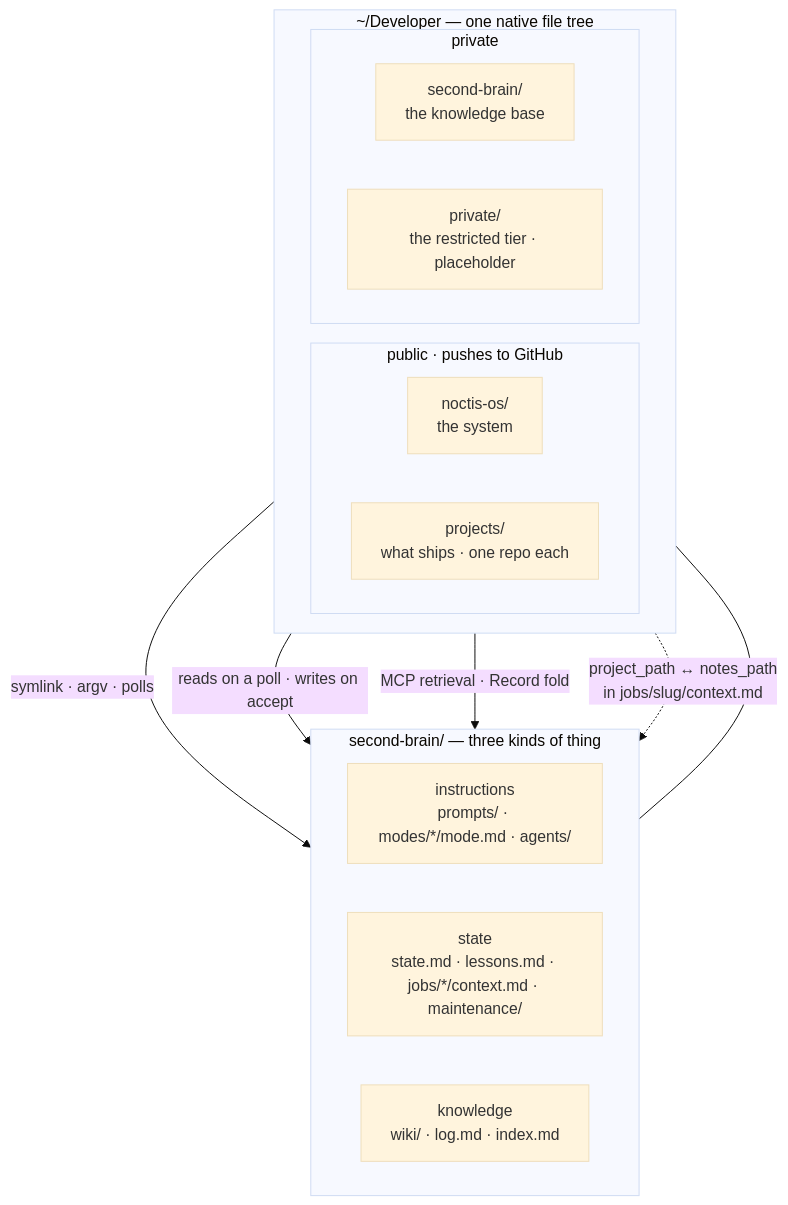
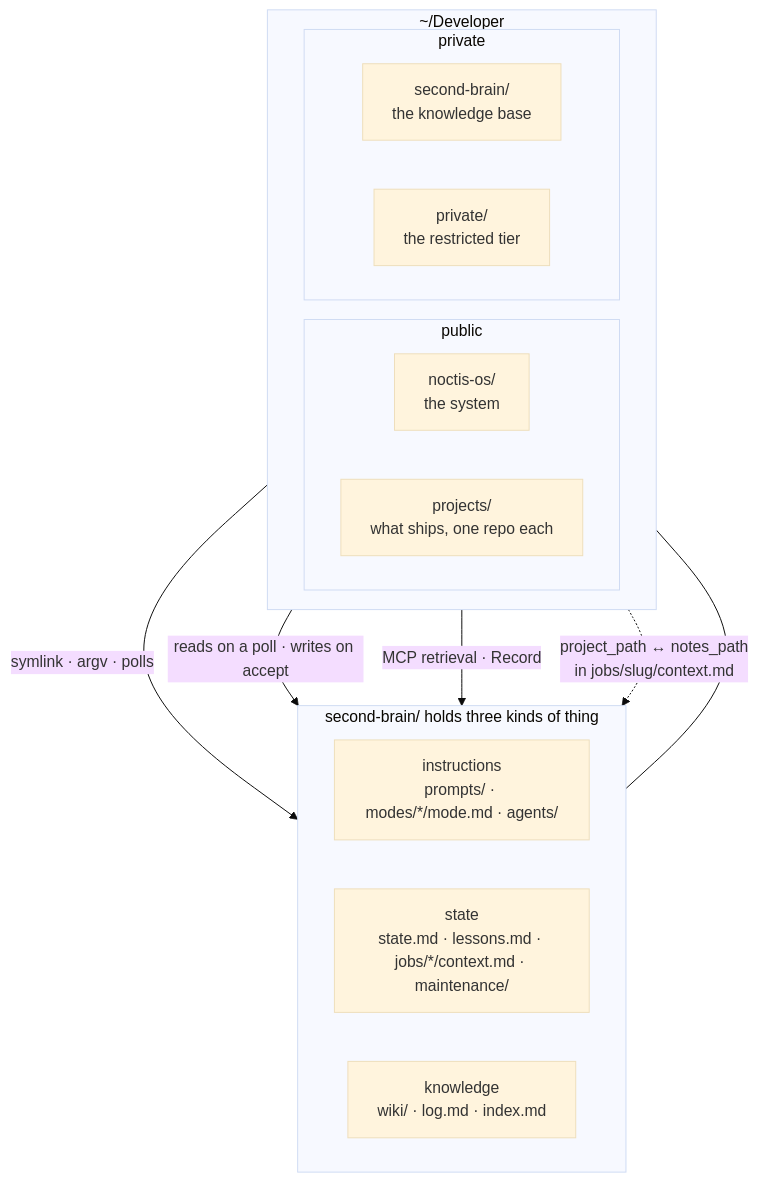
One commit to shaynesss/noctis-os changed the first of 2 diagrams in README.md. Above: the diagram before and after it, drawn with Mermaid (base theme). The commit also changed other lines of this file and 19 other files, not shown here.

````diff
--- a/README.md
+++ b/README.md
@@ -83,25 +34,25 @@
 ```mermaid
 flowchart TB
-    subgraph DEV["~/Developer — one native file tree"]
+    subgraph DEV["~/Developer"]
         direction LR
-        subgraph PUB["public · pushes to GitHub"]
+        subgraph PUB["public"]
             NOS["noctis-os/<br/>the system"]
-            PRJ["projects/<br/>what ships · one repo each"]
+            PRJ["projects/<br/>what ships, one repo each"]
         end
         subgraph PRV["private"]
             SB["second-brain/<br/>the knowledge base"]
-            PV["private/<br/>the restricted tier · placeholder"]
+            PV["private/<br/>the restricted tier"]
         end
     end
-    subgraph SBI["second-brain/ — three kinds of thing"]
+    subgraph SBI["second-brain/ holds three kinds of thing"]
         direction LR
         INS["instructions<br/>prompts/ · modes/*/mode.md · agents/"]
         STA["state<br/>state.md · lessons.md · jobs/*/context.md · maintenance/"]
         KNW["knowledge<br/>wiki/ · log.md · index.md"]
     end
     NOS -- "symlink · argv · polls" --> INS
     NOS -- "reads on a poll · writes on accept" --> STA
-    NOS -- "MCP retrieval · Record fold" --> KNW
+    NOS -- "MCP retrieval · Record" --> KNW
     PRJ -. "project_path ↔ notes_path<br/>in jobs/slug/context.md" .-> STA
     SB --- SBI
 ```
````
